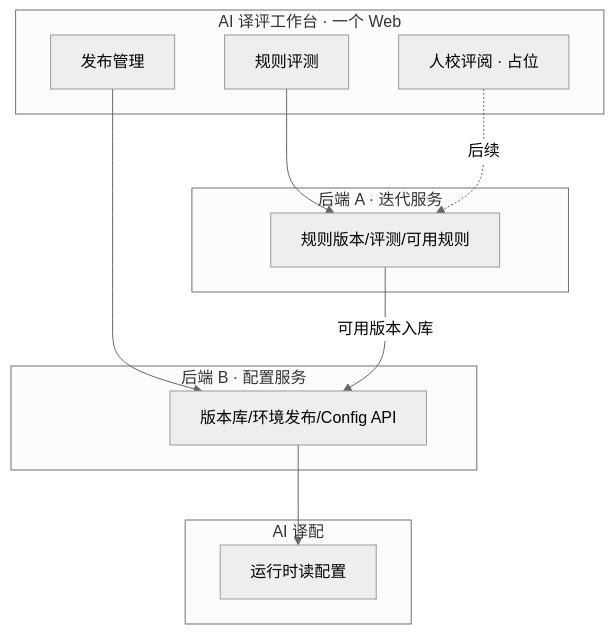
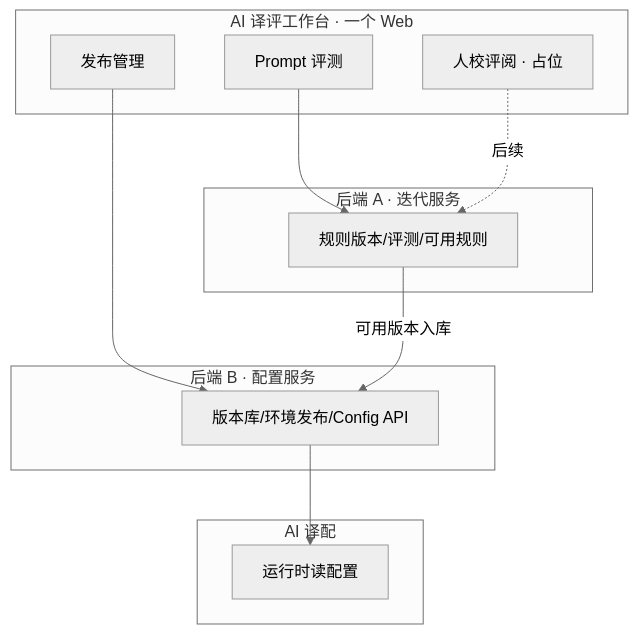
The diagram in 需求文档/双平台功能列表-一期.md (8120xf/miracle-yiping), drawn with Mermaid (neutral theme) before and after one commit. The commit also changed other lines of this file and 9 other files, not shown here.

First line of the commit message:
docs: Prompt 评测 rename, config sync-only langs, ops flow

````diff
--- a/需求文档/双平台功能列表-一期.md
+++ b/需求文档/双平台功能列表-一期.md
@@ -84,22 +84,22 @@
 ```mermaid
 flowchart TB
   subgraph workbench [AI 译评工作台 · 一个 Web]
-    M1[规则评测]
+    M1[Prompt 评测]
     M2[人校评阅 · 占位]
     M3[发布管理]
   end
   subgraph be_a [后端 A · 迭代服务]
     E1[规则版本/评测/可用规则]
   end
   subgraph be_b [后端 B · 配置服务]
     E2[版本库/环境发布/Config API]
   end
   subgraph prod [AI 译配]
     Run[运行时读配置]
   end
   M1 --> E1
   M2 -.->|后续| E1
   M3 --> E2
   E1 -->|可用版本入库| E2
   E2 --> Run
 ```
````
